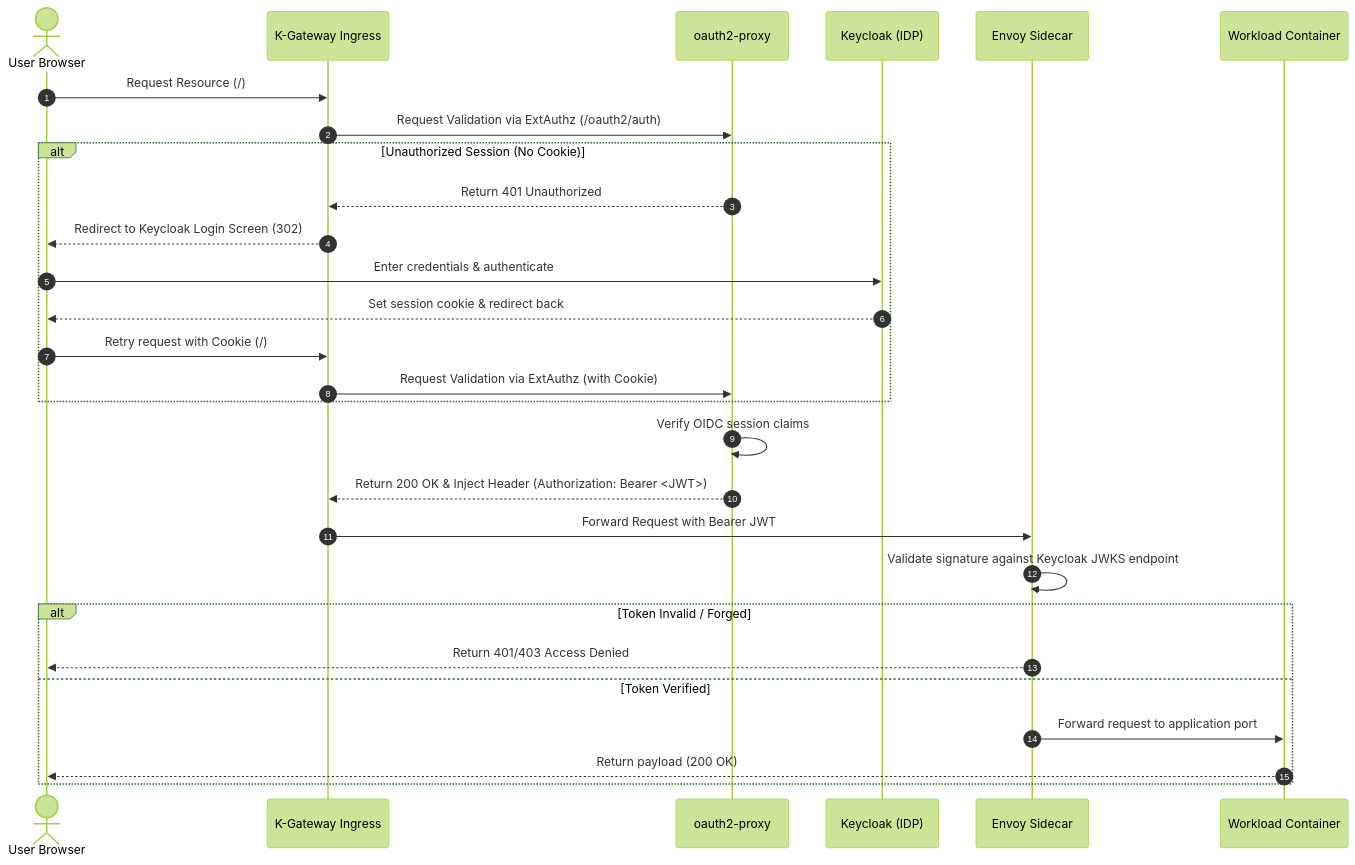
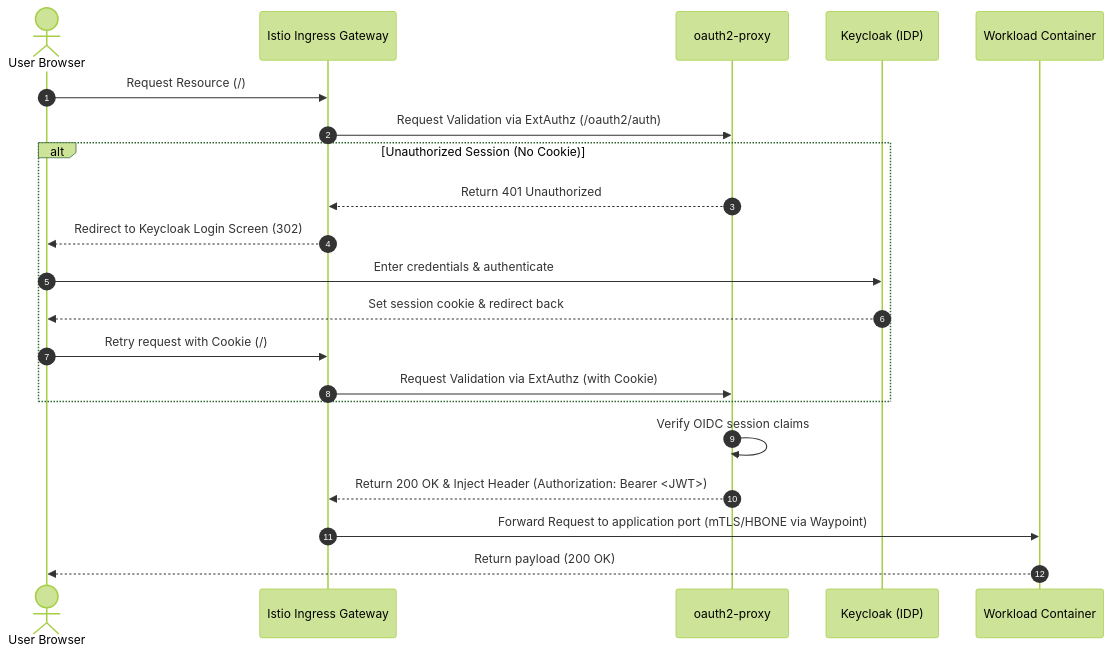
One commit to yhjh5302/gitops changed the second of 3 diagrams in README.md. Above: the diagram before and after it, drawn with Mermaid (forest theme). The commit also changed other lines of this file and 29 other files, not shown here.

````diff
--- a/README.md
+++ b/README.md
@@ -193,34 +197,26 @@
 ```mermaid
 sequenceDiagram
     autonumber
     actor User as User Browser
-    participant GW as K-Gateway Ingress
+    participant GW as Istio Ingress Gateway
     participant Proxy as oauth2-proxy
     participant KC as Keycloak (IDP)
-    participant Sidecar as Envoy Sidecar
     participant Pod as Workload Container
 
     User->>GW: Request Resource (/)
     GW->>Proxy: Request Validation via ExtAuthz (/oauth2/auth)
     
     alt Unauthorized Session (No Cookie)
         Proxy-->>GW: Return 401 Unauthorized
         GW-->>User: Redirect to Keycloak Login Screen (302)
         User->>KC: Enter credentials & authenticate
         KC-->>User: Set session cookie & redirect back
         User->>GW: Retry request with Cookie (/)
         GW->>Proxy: Request Validation via ExtAuthz (with Cookie)
     end
     
     Proxy->>Proxy: Verify OIDC session claims
     Proxy-->>GW: Return 200 OK & Inject Header (Authorization: Bearer <JWT>)
-    GW->>Sidecar: Forward Request with Bearer JWT
-    Sidecar->>Sidecar: Validate signature against Keycloak JWKS endpoint
-    
-    alt Token Invalid / Forged
-        Sidecar-->>User: Return 401/403 Access Denied
-    else Token Verified
-        Sidecar->>Pod: Forward request to application port
-        Pod-->>User: Return payload (200 OK)
-    end
+    GW->>Pod: Forward Request to application port (mTLS/HBONE via Waypoint)
+    Pod-->>User: Return payload (200 OK)
 ```
````
